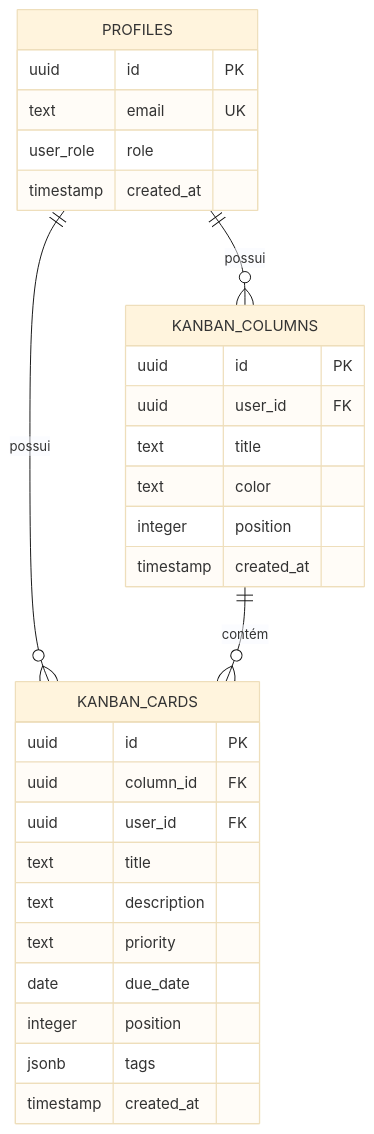
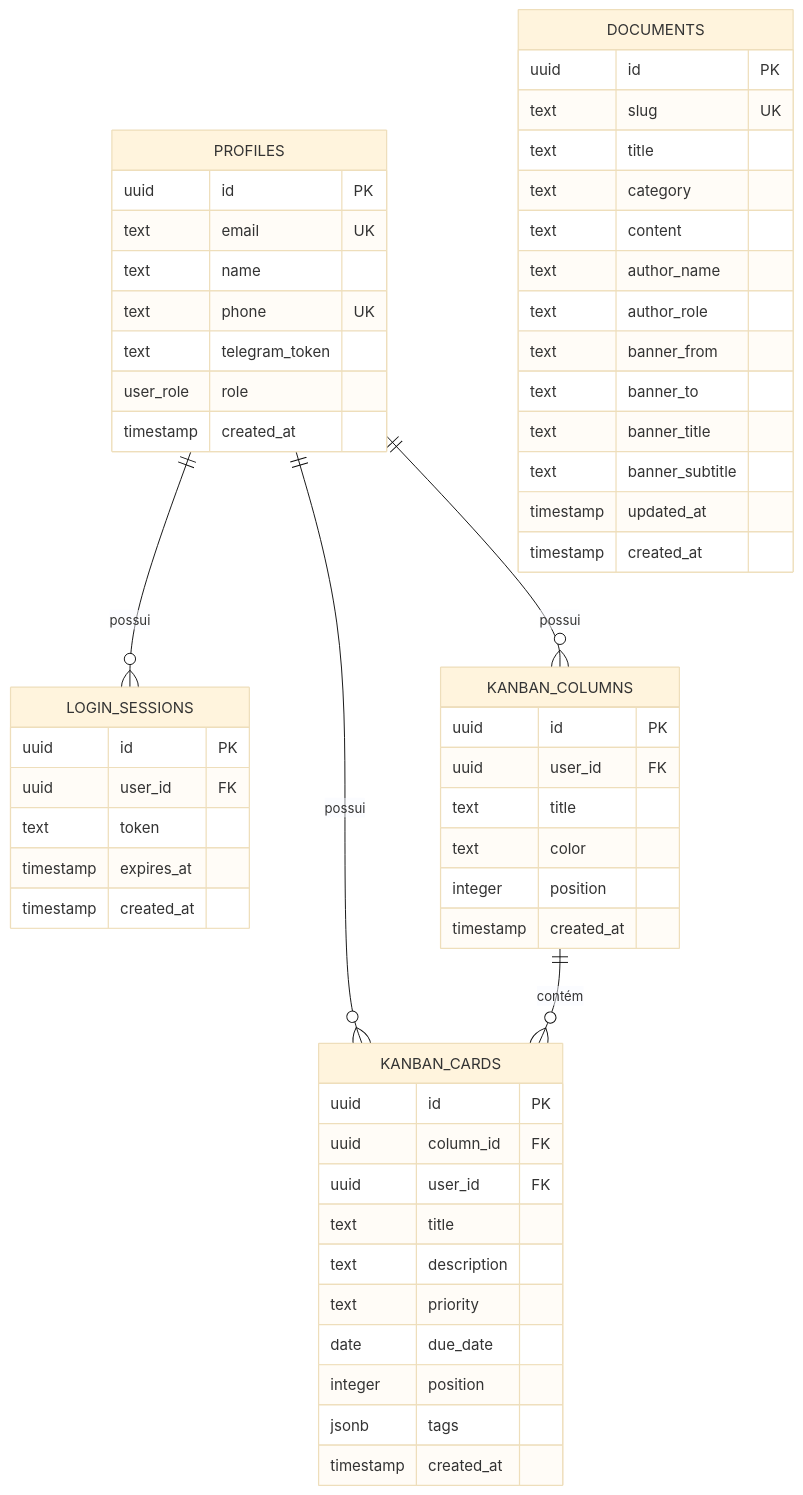
One commit to WeldercrisRibeiro/surihero changed the diagram in guide/models.md. Above: the diagram before and after it, drawn with Mermaid (base theme). The commit also changed other lines of this file and 29 other files, not shown here.

````diff
--- a/guide/models.md
+++ b/guide/models.md
@@ -9,33 +9,59 @@
 ```mermaid
 erDiagram
     PROFILES {
         uuid id PK
         text email UK
+        text name
+        text phone UK
+        text telegram_token
         user_role role
+        timestamp created_at
+    }
+    LOGIN_SESSIONS {
+        uuid id PK
+        uuid user_id FK
+        text token
+        timestamp expires_at
         timestamp created_at
     }
     KANBAN_COLUMNS {
         uuid id PK
         uuid user_id FK
         text title
         text color
         integer position
         timestamp created_at
     }
     KANBAN_CARDS {
         uuid id PK
         uuid column_id FK
         uuid user_id FK
         text title
         text description
         text priority
         date due_date
         integer position
         jsonb tags
         timestamp created_at
     }
+    DOCUMENTS {
+        uuid id PK
+        text slug UK
+        text title
+        text category
+        text content
+        text author_name
+        text author_role
+        text banner_from
+        text banner_to
+        text banner_title
+        text banner_subtitle
+        timestamp updated_at
+        timestamp created_at
+    }
 
+    PROFILES ||--o{ LOGIN_SESSIONS : "possui"
     PROFILES ||--o{ KANBAN_COLUMNS : "possui"
     PROFILES ||--o{ KANBAN_CARDS : "possui"
     KANBAN_COLUMNS ||--o{ KANBAN_CARDS : "contém"
 ```
````
